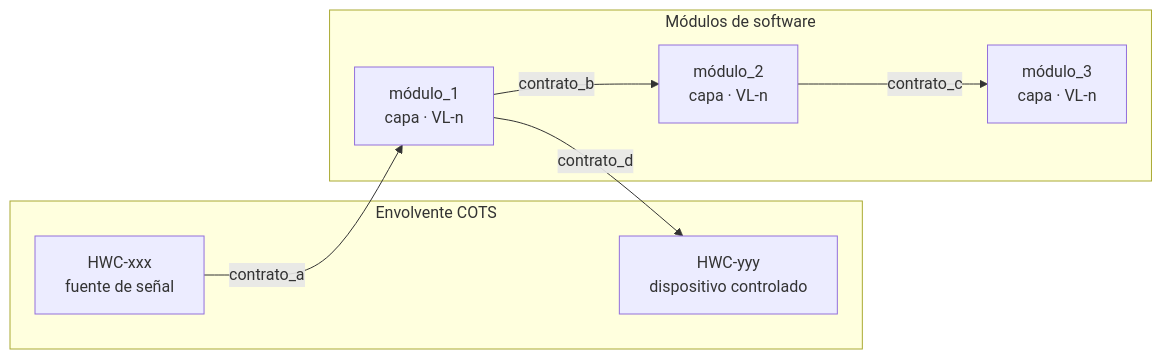
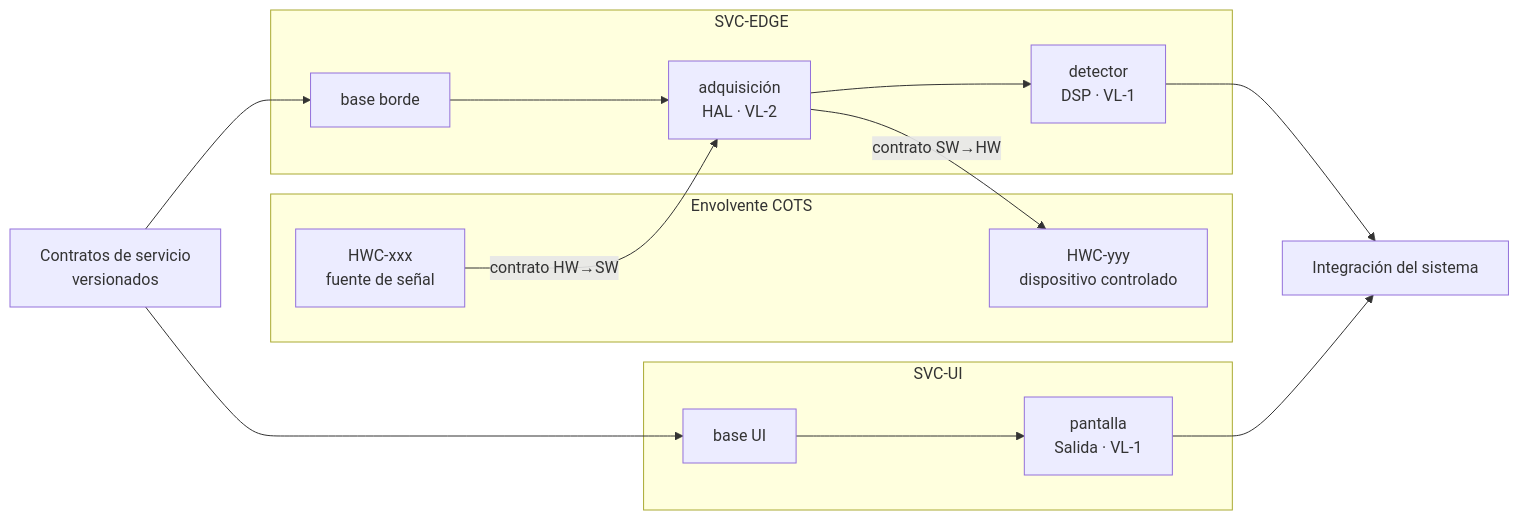
Before and after one commit to dramirezbe/codeanvil-gcpds: the fourth of 5 diagrams in methodology/V-SIL-v3/S1_G1_template.md, drawn with Mermaid. The commit also changed other lines of this file and 3 other files, not shown here.

````diff
--- a/methodology/V-SIL-v3/S1_G1_template.md
+++ b/methodology/V-SIL-v3/S1_G1_template.md
@@ -299,19 +370,26 @@
 ```mermaid
 flowchart LR
     subgraph HW["Envolvente COTS"]
         %% Nodos de hardware como fuentes / sumideros
         SRC["HWC-xxx<br/>fuente de señal"]
         CTRL["HWC-yyy<br/>dispositivo controlado"]
     end
 
-    subgraph SW["Módulos de software"]
-        M1["módulo_1<br/>capa · VL-n"]
-        M2["módulo_2<br/>capa · VL-n"]
-        M3["módulo_3<br/>capa · VL-n"]
+    C["Contratos de servicio<br/>versionados"]
+    subgraph EDGE["SVC-EDGE"]
+        EB["base borde"]
+        M1["adquisición<br/>HAL · VL-2"]
+        M2["detector<br/>DSP · VL-1"]
+    end
+    subgraph UI["SVC-UI"]
+        UB["base UI"]
+        M3["pantalla<br/>Salida · VL-1"]
     end
 
-    SRC -->|contrato_a| M1
-    M1 -->|contrato_b| M2
-    M2 -->|contrato_c| M3
-    M1 -->|contrato_d| CTRL
+    C --> EB & UB
+    SRC -->|contrato HW→SW| M1
+    EB --> M1 --> M2
+    UB --> M3
+    M1 -->|contrato SW→HW| CTRL
+    M2 & M3 --> SYS["Integración del sistema"]
 ```
````
